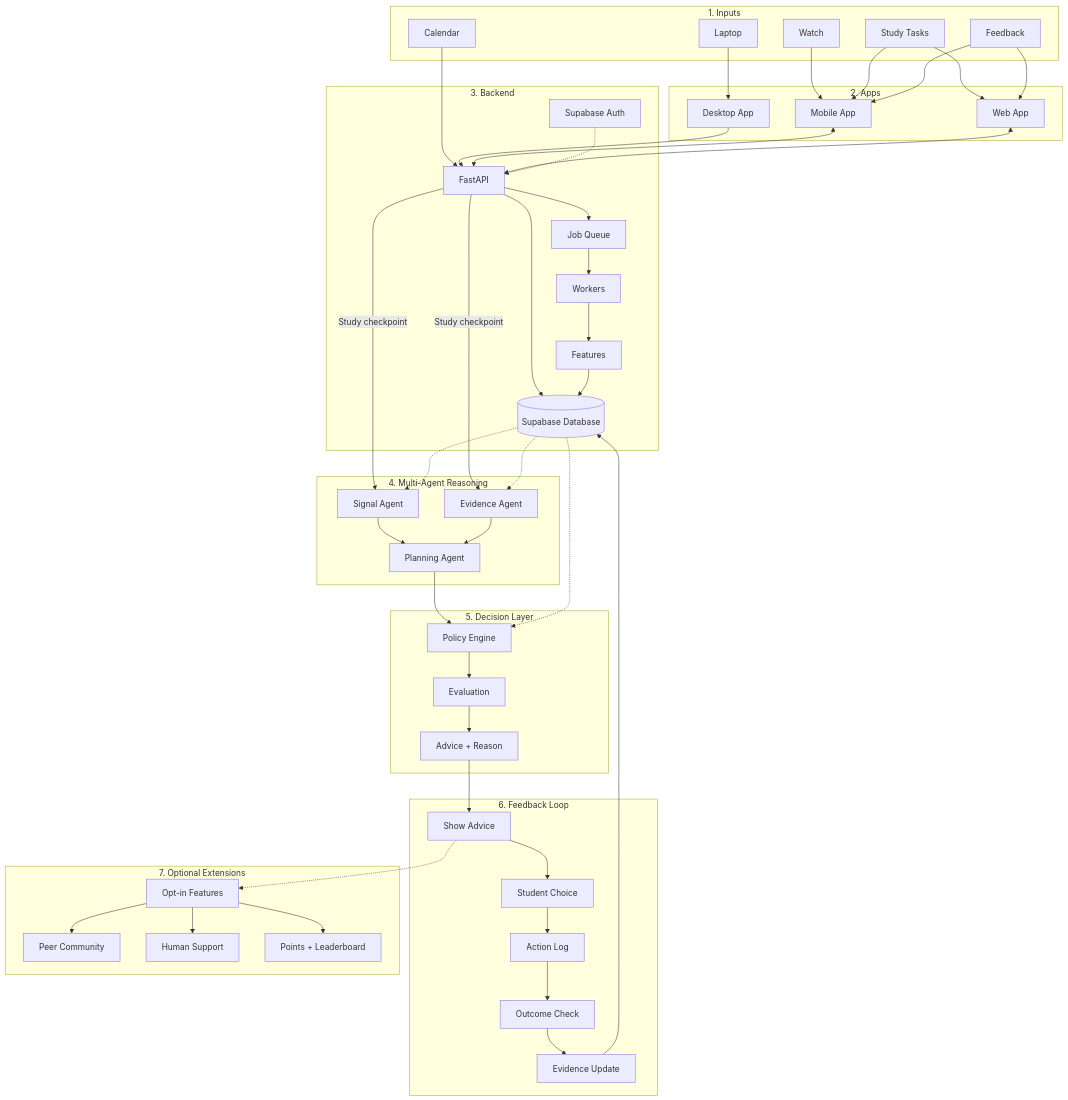
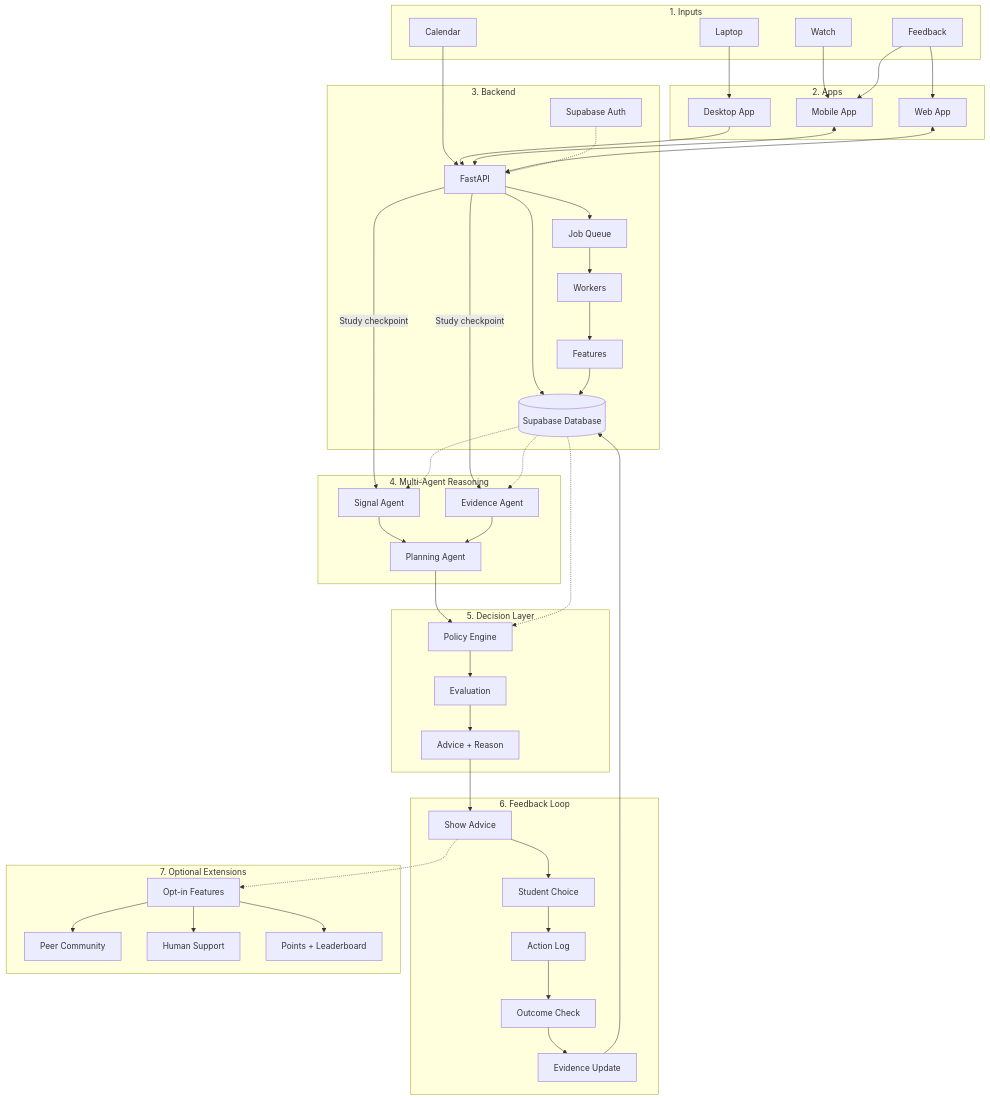
The diagram in README.md (raghavan93513/Cognitive-Performance-Agent), drawn with Mermaid before and after one commit.

Commit message:
Remove TASK node

```diff
--- a/README.md
+++ b/README.md
@@ -11,7 +11,6 @@
         CAL["Calendar"]
         WATCH["Watch"]
         LAP["Laptop"]
-        TASK["Study Tasks"]
         FEEDBACK["Feedback"]
     end
 
@@ -63,8 +62,6 @@
     CAL --> API
     WATCH --> MOBILE
     LAP --> DESKTOP
-    TASK --> MOBILE
-    TASK --> WEB
     FEEDBACK --> MOBILE
     FEEDBACK --> WEB
 
```
